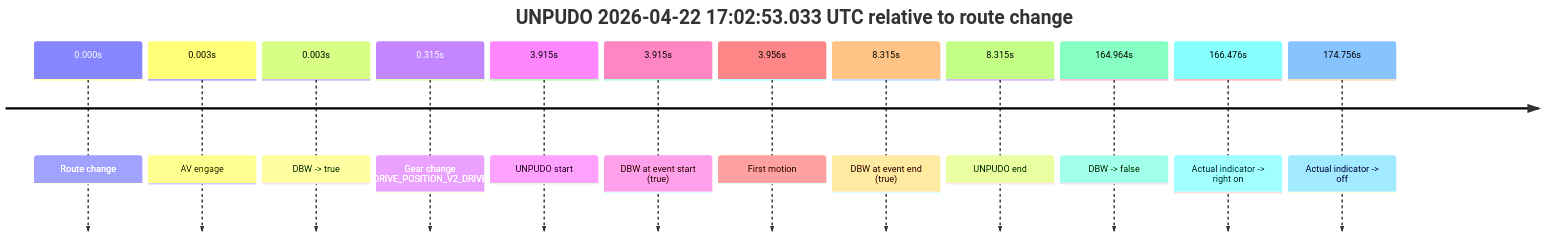
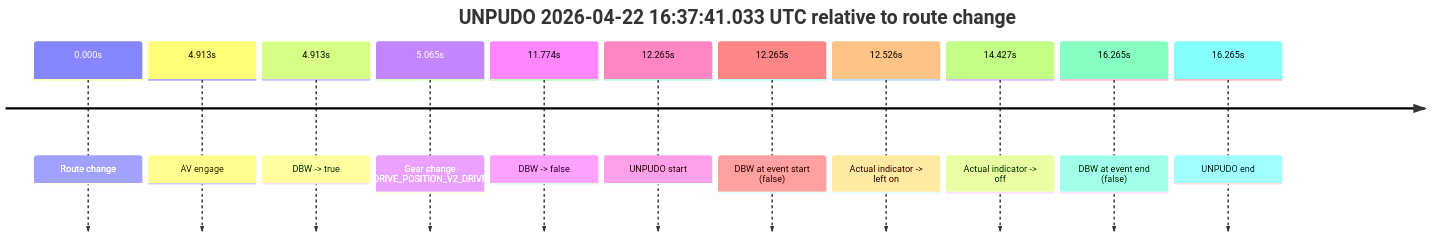
One commit to yoelshapiro/vault changed the second of 8 diagrams in model_analysis/report_cards/2026/04/Week-4/fme10011--2026-04-22--16-24-19--gen2-av-c23a3e84-3c79-4aca-9235-ec3d393b1ae7.md. Above: the diagram before and after it, drawn with Mermaid. The commit also changed other lines of this file and 53 other files, not shown here.

````diff
--- a/model_analysis/report_cards/2026/04/Week-4/fme10011--2026-04-22--16-24-19--gen2-av-c23a3e84-3c79-4aca-9235-ec3d393b1ae7.md
+++ b/model_analysis/report_cards/2026/04/Week-4/fme10011--2026-04-22--16-24-19--gen2-av-c23a3e84-3c79-4aca-9235-ec3d393b1ae7.md
@@ -134,16 +135,15 @@
 ```mermaid
 timeline
-    title UNPUDO 2026-04-22 17:02:53.033 UTC relative to route change
+    title UNPUDO 2026-04-22 16:37:41.033 UTC relative to route change
     0.000s : Route change
-    0.003s : AV engage
-    0.003s : DBW -> true
-    0.315s : Gear change (DRIVE_POSITION_V2_DRIVE)
-    3.915s : UNPUDO start
-    3.915s : DBW at event start (true)
-    3.956s : First motion
-    8.315s : DBW at event end (true)
-    8.315s : UNPUDO end
-    164.964s : DBW -> false
-    166.476s : Actual indicator -> right on
-    174.756s : Actual indicator -> off
+    4.913s : AV engage
+    4.913s : DBW -> true
+    5.065s : Gear change (DRIVE_POSITION_V2_DRIVE)
+    11.774s : DBW -> false
+    12.265s : UNPUDO start
+    12.265s : DBW at event start (false)
+    12.526s : Actual indicator -> left on
+    14.427s : Actual indicator -> off
+    16.265s : DBW at event end (false)
+    16.265s : UNPUDO end
 ```
````
